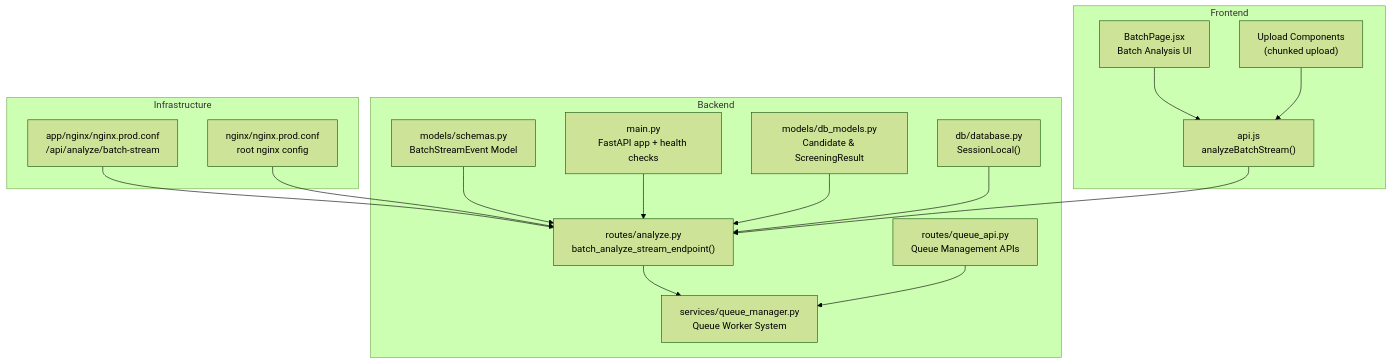
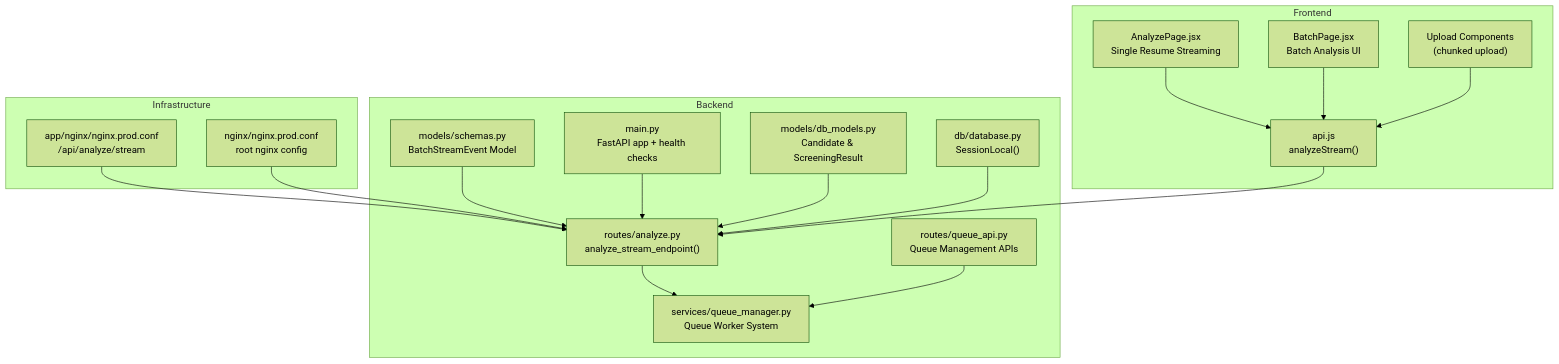
The first of 3 diagrams in .qoder/repowiki/en/content/API Reference/Analysis Endpoints/Streaming Analysis.md (Revanththetalogics/aireume), drawn with Mermaid (forest theme) before and after one commit. The commit also changed other lines of this file and 9 other files, not shown here.

````diff
--- a/.qoder/repowiki/en/content/API Reference/Analysis Endpoints/Streaming Analysis.md
+++ b/.qoder/repowiki/en/content/API Reference/Analysis Endpoints/Streaming Analysis.md
@@ -49,32 +47,34 @@
 ```mermaid
 graph TB
 subgraph "Frontend"
-FE_API["api.js<br/>analyzeBatchStream()"]
+FE_API["api.js<br/>analyzeStream()"]
+FE_ANALYZE["AnalyzePage.jsx<br/>Single Resume Streaming"]
 FE_BATCH["BatchPage.jsx<br/>Batch Analysis UI"]
 FE_UPLOAD["Upload Components<br/>(chunked upload)"]
 end
 subgraph "Backend"
-ROUTES["routes/analyze.py<br/>batch_analyze_stream_endpoint()"]
+ROUTES["routes/analyze.py<br/>analyze_stream_endpoint()"]
 QUEUE_API["routes/queue_api.py<br/>Queue Management APIs"]
 QUEUE_MANAGER["services/queue_manager.py<br/>Queue Worker System"]
 SCHEMA["models/schemas.py<br/>BatchStreamEvent Model"]
 MAIN["main.py<br/>FastAPI app + health checks"]
 DB_MODELS["models/db_models.py<br/>Candidate & ScreeningResult"]
 DB_SESSION["db/database.py<br/>SessionLocal()"]
 end
 subgraph "Infrastructure"
-NGINX_APP["app/nginx/nginx.prod.conf<br/>/api/analyze/batch-stream"]
+NGINX_APP["app/nginx/nginx.prod.conf<br/>/api/analyze/stream"]
 NGINX_ROOT["nginx/nginx.prod.conf<br/>root nginx config"]
 end
 FE_API --> ROUTES
+FE_ANALYZE --> FE_API
 FE_BATCH --> FE_API
 FE_UPLOAD --> FE_API
 ROUTES --> QUEUE_MANAGER
 QUEUE_API --> QUEUE_MANAGER
 MAIN --> ROUTES
 NGINX_APP --> ROUTES
 NGINX_ROOT --> ROUTES
 SCHEMA --> ROUTES
 DB_MODELS --> ROUTES
 DB_SESSION --> ROUTES
 ```
````
